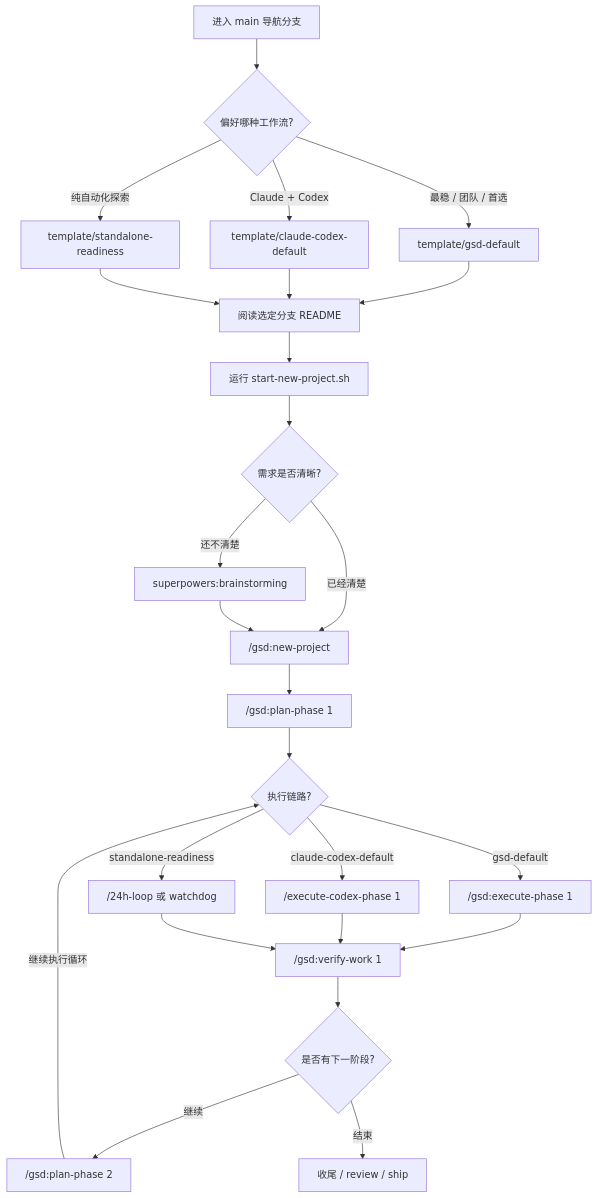
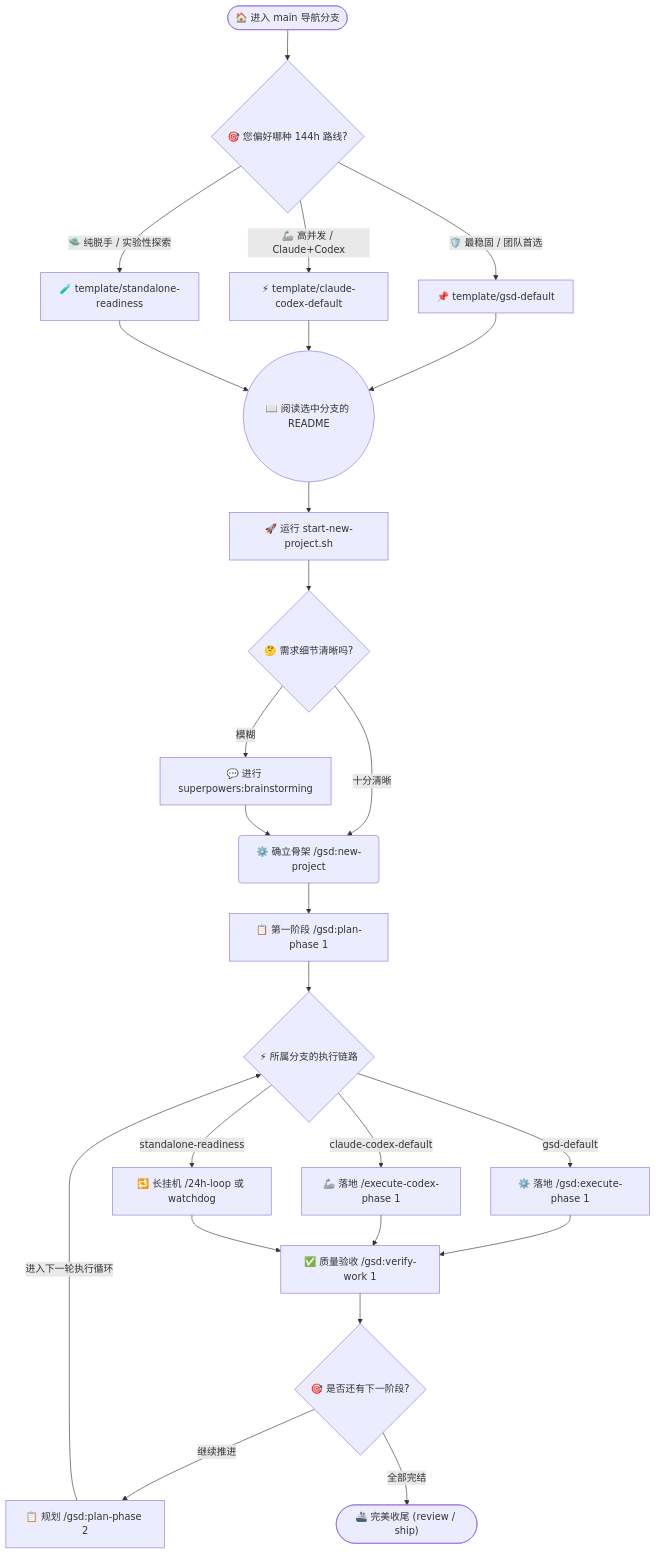
The diagram in README.md (adongwanai/VibeTemplate), drawn with Mermaid before and after one commit. The commit also changed other lines of this file, not shown here.

Commit message:
docs: update to 144h workflow and beautify user flowchart

````diff
--- a/README.md
+++ b/README.md
@@ -29,33 +29,33 @@
 ```mermaid
 flowchart TD
-    A["进入 main 导航分支"] --> B{"偏好哪种工作流?"}
-    B -->|"最稳 / 团队 / 首选"| C["template/gsd-default"]
-    B -->|"Claude + Codex"| D["template/claude-codex-default"]
-    B -->|"纯自动化探索"| E["template/standalone-readiness"]
+    A(["🏠 进入 main 导航分支"]) --> B{"🎯 您偏好哪种 144h 路线?"}
+    B -->|"🛡️ 最稳固 / 团队首选"| C["📌 template/gsd-default"]
+    B -->|"🦾 高并发 / Claude+Codex"| D["⚡ template/claude-codex-default"]
+    B -->|"🛸 纯脱手 / 实验性探索"| E["🧪 template/standalone-readiness"]
 
-    C --> F["阅读选定分支 README"]
+    C --> F(("📖 阅读选中分支的 README"))
     D --> F
     E --> F
 
-    F --> G["运行 start-new-project.sh"]
-    G --> H{"需求是否清晰?"}
-    H -->|"还不清楚"| I["superpowers:brainstorming"]
-    H -->|"已经清楚"| J["/gsd:new-project"]
+    F --> G["🚀 运行 start-new-project.sh"]
+    G --> H{"🤔 需求细节清晰吗?"}
+    H -->|"模糊"| I["💬 进行 superpowers:brainstorming"]
+    H -->|"十分清晰"| J("⚙️ 确立骨架 /gsd:new-project")
     I --> J
 
-    J --> K["/gsd:plan-phase 1"]
-    K --> L{"执行链路?"}
+    J --> K["📋 第一阶段 /gsd:plan-phase 1"]
+    K --> L{"⚡ 所属分支的执行链路"}
     
-    L -->|"gsd-default"| M["/gsd:execute-phase 1"]
-    L -->|"claude-codex-default"| N["/execute-codex-phase 1"]
-    L -->|"standalone-readiness"| O["/24h-loop 或 watchdog"]
+    L -->|"gsd-default"| M["⚙️ 落地 /gsd:execute-phase 1"]
+    L -->|"claude-codex-default"| N["🦾 落地 /execute-codex-phase 1"]
+    L -->|"standalone-readiness"| O["🔁 长挂机 /24h-loop 或 watchdog"]
 
-    M --> P["/gsd:verify-work 1"]
+    M --> P["✅ 质量验收 /gsd:verify-work 1"]
     N --> P
     O --> P
     
-    P --> Q{"是否有下一阶段?"}
-    Q -->|"继续"| R["/gsd:plan-phase 2"]
-    R -->|"继续执行循环"| L
-    Q -->|"结束"| S["收尾 / review / ship"]
+    P --> Q{"🎯 是否还有下一阶段?"}
+    Q -->|"继续推进"| R["📋 规划 /gsd:plan-phase 2"]
+    R -->|"进入下一轮执行循环"| L
+    Q -->|"全部完结"| S(["🚢 完美收尾 (review / ship)"])
 ```
````
